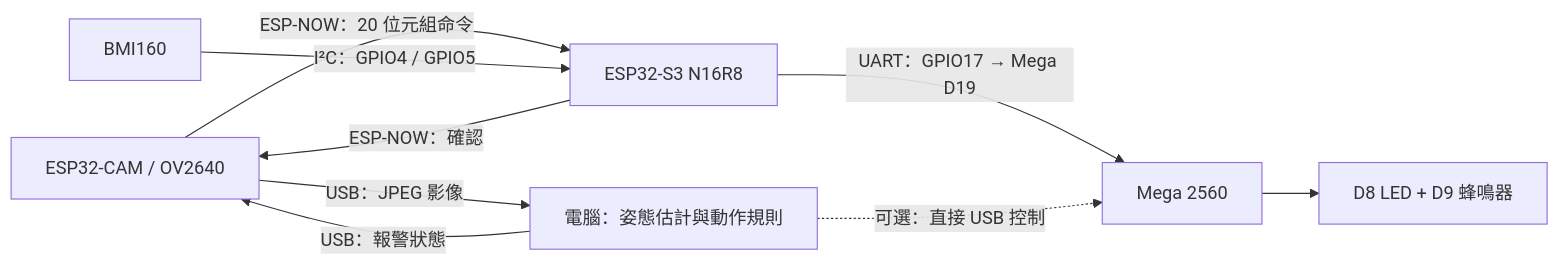
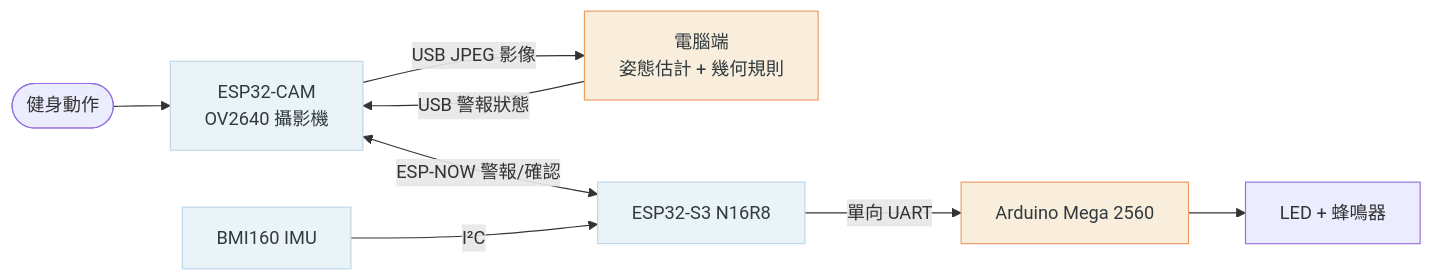
Before and after one commit to Steven-ZYC/int4089-fitness-aid-bot: the diagram in README_zh_hk.md, drawn with Mermaid. The commit also changed other lines of this file and 4 other files, not shown here.

````diff
--- a/README_zh_hk.md
+++ b/README_zh_hk.md
@@ -32,11 +67,14 @@
 ```mermaid
 flowchart LR
-    CAM["ESP32-CAM / OV2640"] -->|"USB：JPEG 影像"| PC["電腦：姿態估計與動作規則"]
-    PC -->|"USB：報警狀態"| CAM
-    CAM -->|"ESP-NOW：20 位元組命令"| S3["ESP32-S3 N16R8"]
-    S3 -->|"ESP-NOW：確認"| CAM
-    IMU["BMI160"] -->|"I²C：GPIO4 / GPIO5"| S3
-    S3 -->|"UART：GPIO17 → Mega D19"| MEGA["Mega 2560"]
-    PC -. "可選：直接 USB 控制" .-> MEGA
-    MEGA --> OUT["D8 LED + D9 蜂鳴器"]
+    U([健身動作]) --> CAM[ESP32-CAM<br/>OV2640 攝影機]
+    CAM -->|USB JPEG 影像| PC[電腦端<br/>姿態估計 + 幾何規則]
+    PC -->|USB 警報狀態| CAM
+    CAM <-->|ESP-NOW 警報/確認| S3[ESP32-S3 N16R8]
+    IMU[BMI160 IMU] -->|I²C| S3
+    S3 -->|單向 UART| MEGA[Arduino Mega 2560]
+    MEGA --> LED[LED + 蜂鳴器]
+    classDef compute fill:#f9eedb,stroke:#eb9861,color:#303a40;
+    classDef sensor fill:#eaf3f8,stroke:#bdd6e8,color:#303a40;
+    class PC,MEGA compute;
+    class CAM,S3,IMU sensor;
 ```
````
